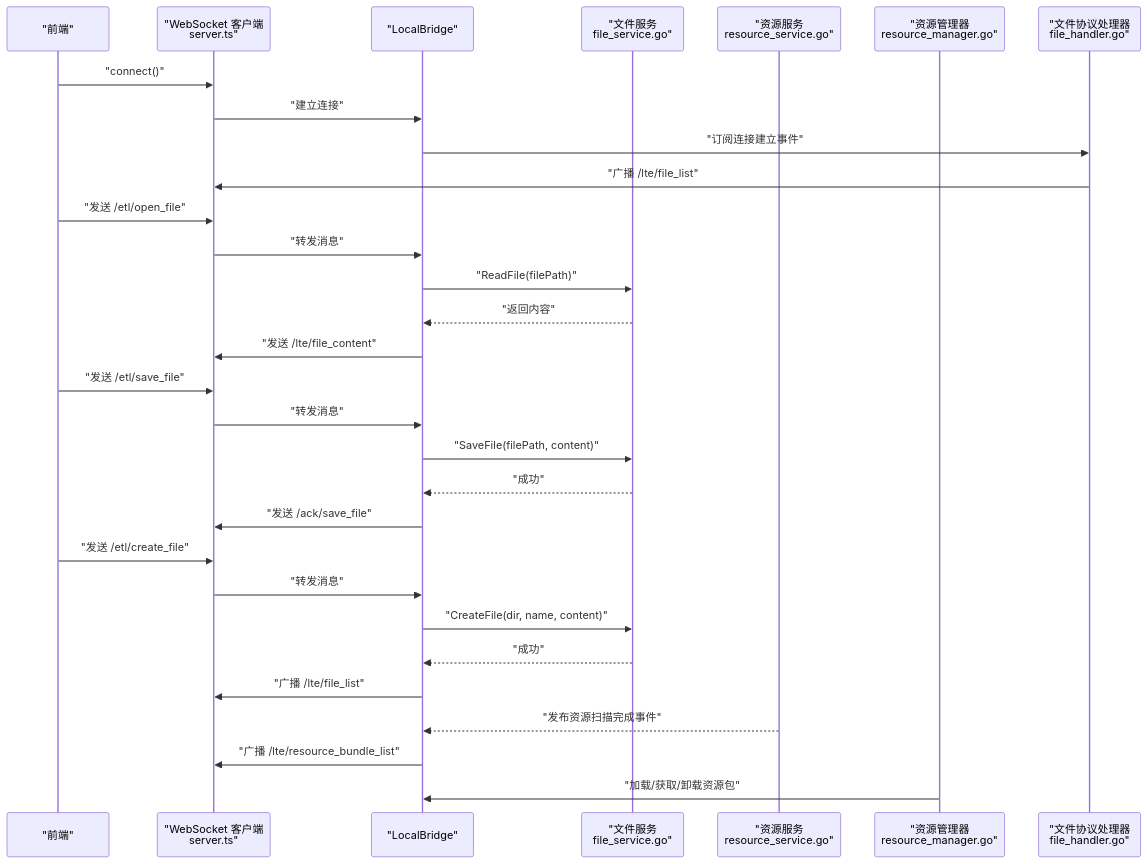
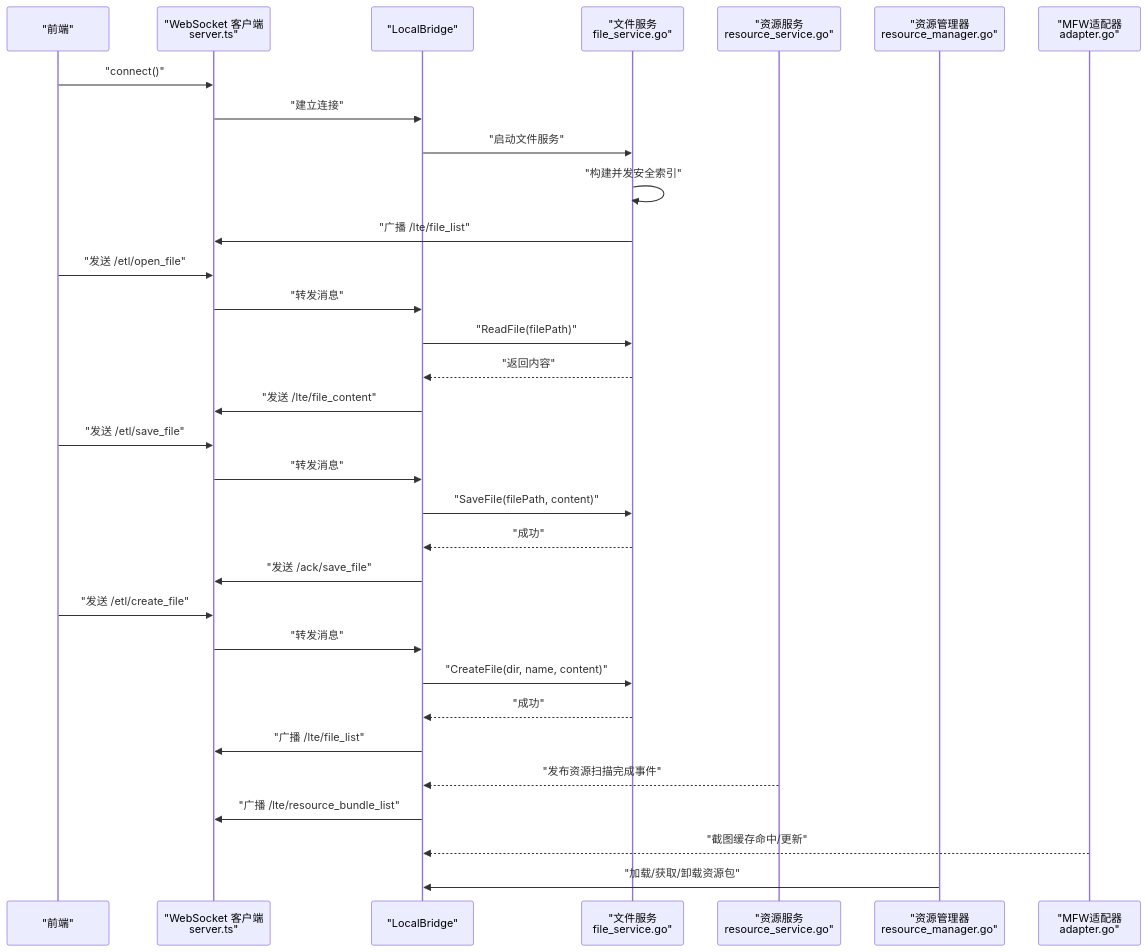
One commit to kqcoxn/MaaPipelineEditor changed the second of 3 diagrams in .qoder/repowiki/zh/content/核心概念/本地文件管理.md. Above: the diagram before and after it, drawn with Mermaid. The commit also changed other lines of this file and 8 other files, not shown here.

````diff
--- a/.qoder/repowiki/zh/content/核心概念/本地文件管理.md
+++ b/.qoder/repowiki/zh/content/核心概念/本地文件管理.md
@@ -232,32 +259,34 @@
 ```mermaid
 sequenceDiagram
 participant FE as "前端"
 participant WS as "WebSocket 客户端<br/>server.ts"
 participant LB as "LocalBridge"
 participant FS as "文件服务<br/>file_service.go"
 participant RS as "资源服务<br/>resource_service.go"
 participant RM as "资源管理器<br/>resource_manager.go"
-participant FH as "文件协议处理器<br/>file_handler.go"
+participant AD as "MFW适配器<br/>adapter.go"
 FE->>WS : "connect()"
 WS->>LB : "建立连接"
-LB->>FH : "订阅连接建立事件"
-FH->>WS : "广播 /lte/file_list"
+LB->>FS : "启动文件服务"
+FS->>FS : "构建并发安全索引"
+FS->>WS : "广播 /lte/file_list"
 FE->>WS : "发送 /etl/open_file"
 WS->>LB : "转发消息"
 LB->>FS : "ReadFile(filePath)"
 FS-->>LB : "返回内容"
 LB->>WS : "发送 /lte/file_content"
 FE->>WS : "发送 /etl/save_file"
 WS->>LB : "转发消息"
 LB->>FS : "SaveFile(filePath, content)"
 FS-->>LB : "成功"
 LB->>WS : "发送 /ack/save_file"
 FE->>WS : "发送 /etl/create_file"
 WS->>LB : "转发消息"
 LB->>FS : "CreateFile(dir, name, content)"
 FS-->>LB : "成功"
 LB->>WS : "广播 /lte/file_list"
 RS-->>LB : "发布资源扫描完成事件"
 LB->>WS : "广播 /lte/resource_bundle_list"
+AD-->>LB : "截图缓存命中/更新"
 RM->>LB : "加载/获取/卸载资源包"
 ```
````
